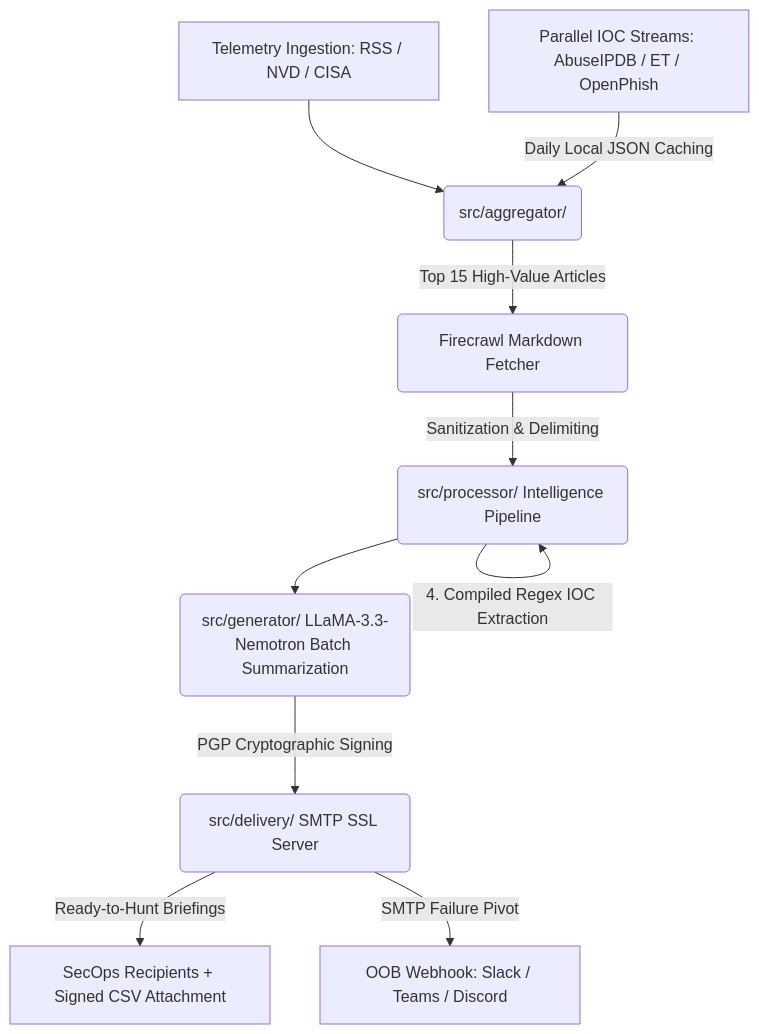
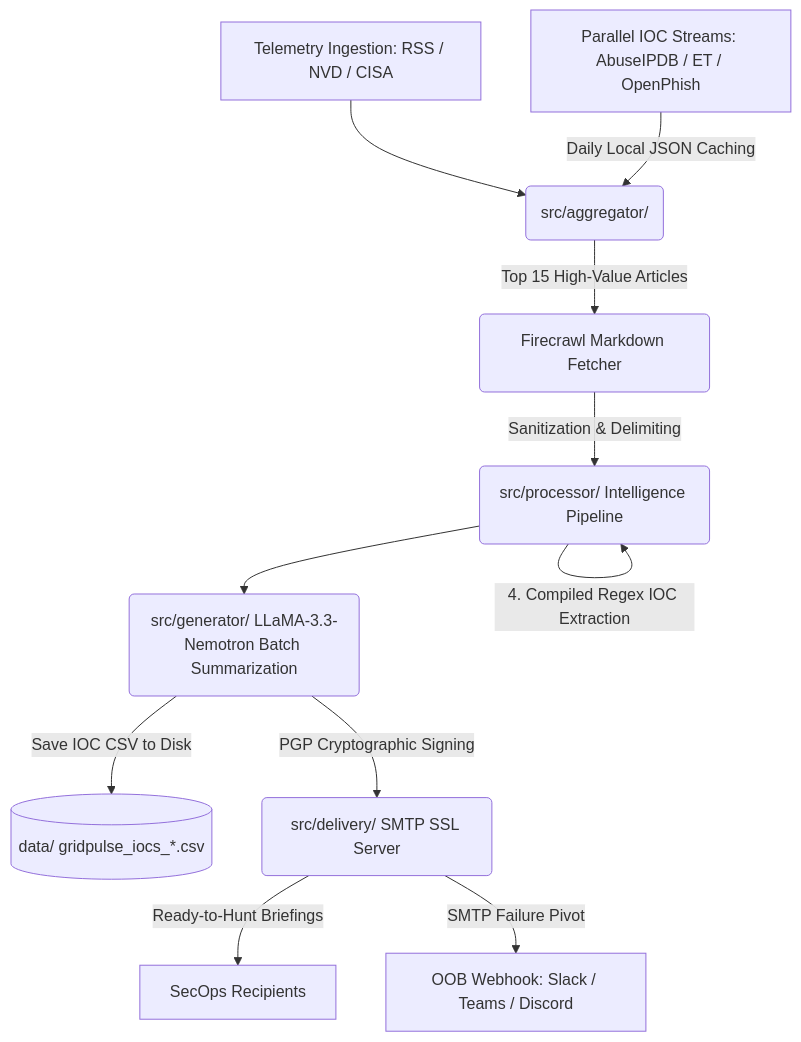
Before and after one commit to a-defaultt/GridPulse: the diagram in README.md, drawn with Mermaid. The commit also changed other lines of this file, not shown here.

Commit message:
docs: update README with local IOC storage, gzip compression, and startup guard

````diff
--- a/README.md
+++ b/README.md
@@ -44,15 +47,16 @@
 ```mermaid
 graph TD
     A[Telemetry Ingestion: RSS / NVD / CISA] --> B(src/aggregator/)
     A2[Parallel IOC Streams: AbuseIPDB / ET / OpenPhish] -->|Daily Local JSON Caching| B
     B -->|Top 15 High-Value Articles| C(Firecrawl Markdown Fetcher)
     C -->|Sanitization & Delimiting| D(src/processor/ Intelligence Pipeline)
     D -->|1. Heuristic + NumPy Vector Matrix Dedup| D
     D -->|2. Heuristic + LLM Multi-Label Tagging| D
     D -->|3. CVSS/KEV Score Blended 60/40 with Neural Reranker| D
     D -->|4. Compiled Regex IOC Extraction| D
     D --> E(src/generator/ LLaMA-3.3-Nemotron Batch Summarization)
+    E -->|Save IOC CSV to Disk| I[(data/ gridpulse_iocs_*.csv)]
     E -->|PGP Cryptographic Signing| F(src/delivery/ SMTP SSL Server)
-    F -->|Ready-to-Hunt Briefings| G[SecOps Recipients + Signed CSV Attachment]
+    F -->|Ready-to-Hunt Briefings| G[SecOps Recipients]
     F -->|SMTP Failure Pivot| H[OOB Webhook: Slack / Teams / Discord]
 ```
````
